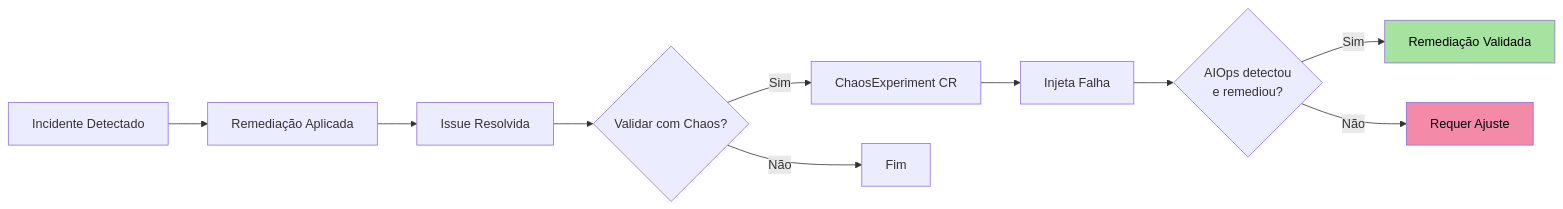
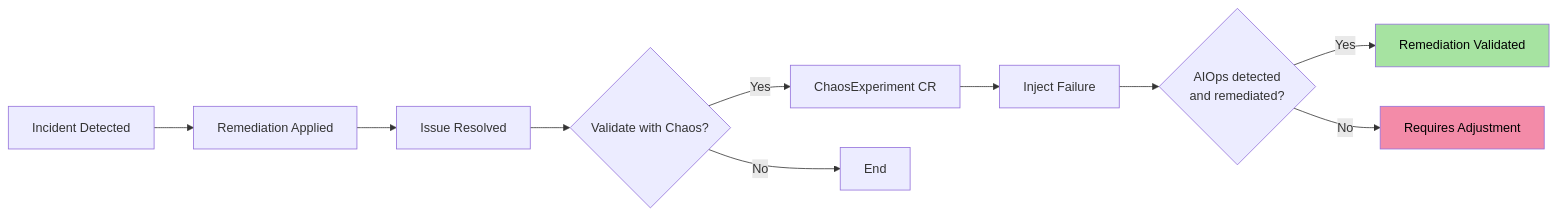
Before and after one commit to diillson/chatcli.ai: the first of 2 diagrams in features/aiops/chaos-engineering.mdx, drawn with Mermaid. The commit also changed other lines of this file and 500 other files, not shown here.

````diff
--- a/features/aiops/chaos-engineering.mdx
+++ b/features/aiops/chaos-engineering.mdx
@@ -20,15 +20,15 @@
 ```mermaid
 flowchart LR
-    A[Incidente Detectado] --> B[Remediação Aplicada]
-    B --> C[Issue Resolvida]
-    C --> D{Validar com Chaos?}
-    D -->|Sim| E[ChaosExperiment CR]
-    E --> F[Injeta Falha]
-    F --> G{AIOps detectou<br/>e remediou?}
-    G -->|Sim| H[Remediação Validada]
-    G -->|Não| I[Requer Ajuste]
-    D -->|Não| J[Fim]
+    A[Incident Detected] --> B[Remediation Applied]
+    B --> C[Issue Resolved]
+    C --> D{Validate with Chaos?}
+    D -->|Yes| E[ChaosExperiment CR]
+    E --> F[Inject Failure]
+    F --> G{AIOps detected<br/>and remediated?}
+    G -->|Yes| H[Remediation Validated]
+    G -->|No| I[Requires Adjustment]
+    D -->|No| J[End]
 
     style H fill:#a6e3a1,color:#000
     style I fill:#f38ba8,color:#000
 ```
````
